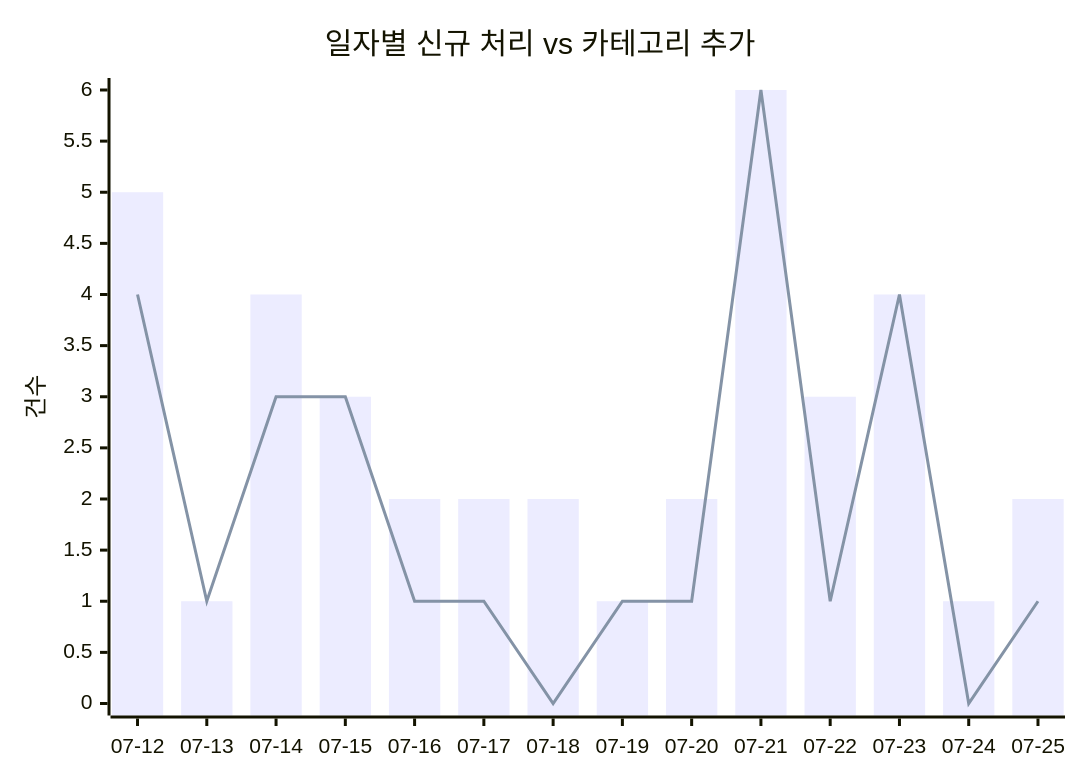
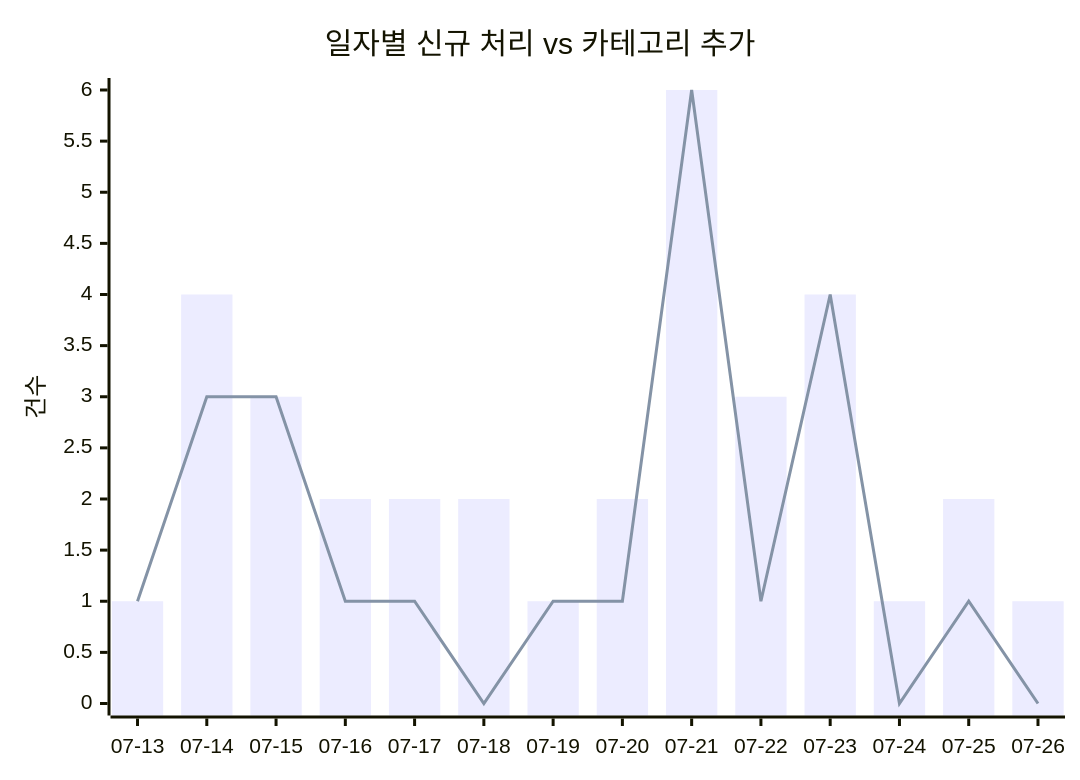
Before and after one commit to J-nowcow/awesome-korean-agent-skills: the first of 2 diagrams in docs/trends.md, drawn with Mermaid. The commit also changed other lines of this file and 27 other files, not shown here.

````diff
--- a/docs/trends.md
+++ b/docs/trends.md
@@ -32,8 +32,8 @@
 ```mermaid
 xychart-beta
     title "일자별 신규 처리 vs 카테고리 추가"
-    x-axis ["07-12","07-13","07-14","07-15","07-16","07-17","07-18","07-19","07-20","07-21","07-22","07-23","07-24","07-25"]
+    x-axis ["07-13","07-14","07-15","07-16","07-17","07-18","07-19","07-20","07-21","07-22","07-23","07-24","07-25","07-26"]
     y-axis "건수"
-    bar [5,1,4,3,2,2,2,1,2,6,3,4,1,2]
-    line [4,1,3,3,1,1,0,1,1,6,1,4,0,1]
+    bar [1,4,3,2,2,2,1,2,6,3,4,1,2,1]
+    line [1,3,3,1,1,0,1,1,6,1,4,0,1,0]
 ```
````
